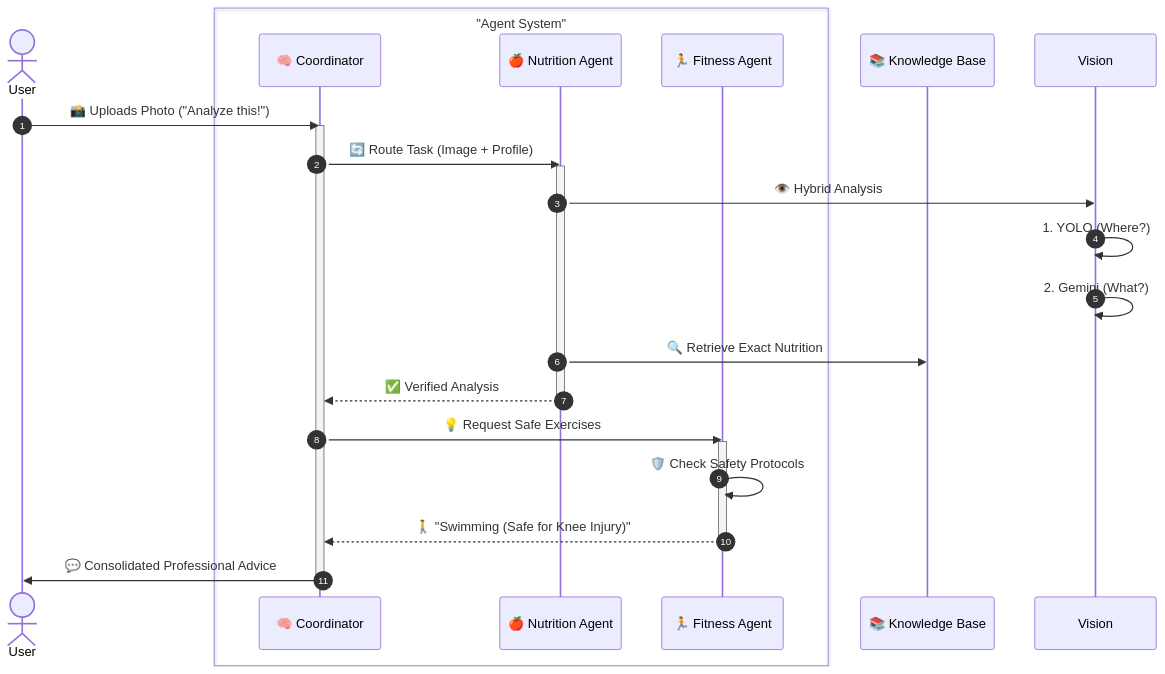
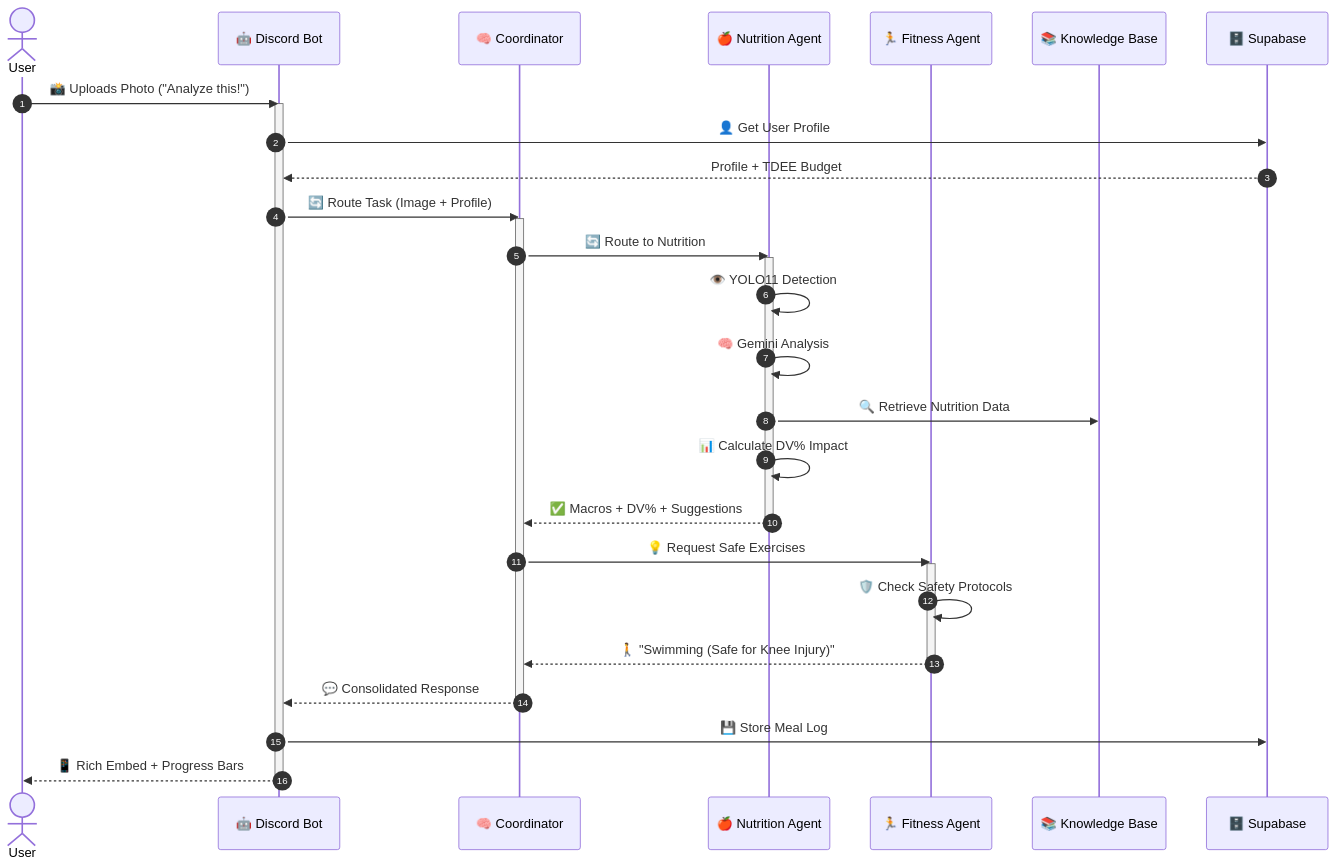
The second of 4 diagrams in docs/product/business-model/L1-Business-Architecture.md (kevinhust/capstonetest), drawn with Mermaid before and after one commit. The commit also changed other lines of this file and 43 other files, not shown here.

````diff
--- a/docs/product/business-model/L1-Business-Architecture.md
+++ b/docs/product/business-model/L1-Business-Architecture.md
@@ -70,35 +75,38 @@
 ```mermaid
 sequenceDiagram
     autonumber
     actor User
+    participant Bot as 🤖 Discord Bot
     participant Coord as 🧠 Coordinator
     participant NutAg as 🍎 Nutrition Agent
     participant FitAg as 🏃 Fitness Agent
     participant KB as 📚 Knowledge Base
+    participant Supa as 🗄️ Supabase
 
-    box "Agent System" #f9f9f9
-        participant Coord
-        participant NutAg
-        participant FitAg
-    end
+    User->>Bot: 📸 Uploads Photo ("Analyze this!")
+    activate Bot
+    Bot->>Supa: 👤 Get User Profile
+    Supa-->>Bot: Profile + TDEE Budget
+    Bot->>Coord: 🔄 Route Task (Image + Profile)
+    activate Coord
+    Coord->>NutAg: 🔄 Route to Nutrition
+    activate NutAg
+    NutAg->>NutAg: 👁️ YOLO11 Detection
+    NutAg->>NutAg: 🧠 Gemini Analysis
+    NutAg->>KB: 🔍 Retrieve Nutrition Data
+    NutAg->>NutAg: 📊 Calculate DV% Impact
+    NutAg-->>Coord: ✅ Macros + DV% + Suggestions
+    deactivate NutAg
 
-    User->>Coord: 📸 Uploads Photo ("Analyze this!")
-    activate Coord
-    Coord->>NutAg: 🔄 Route Task (Image + Profile)
-    activate NutAg
-    NutAg->>Vision: 👁️ Hybrid Analysis
-    Vision->>Vision: 1. YOLO (Where?)
-    Vision->>Vision: 2. Gemini (What?)
-    NutAg->>KB: 🔍 Retrieve Exact Nutrition
-    NutAg-->>Coord: ✅ Verified Analysis
-    deactivate NutAg
-    
     Coord->>FitAg: 💡 Request Safe Exercises
     activate FitAg
     FitAg->>FitAg: 🛡️ Check Safety Protocols
     FitAg-->>Coord: 🚶 "Swimming (Safe for Knee Injury)"
     deactivate FitAg
 
-    Coord->>User: 💬 Consolidated Professional Advice
+    Coord-->>Bot: 💬 Consolidated Response
     deactivate Coord
+    Bot->>Supa: 💾 Store Meal Log
+    Bot-->>User: 📱 Rich Embed + Progress Bars
+    deactivate Bot
 ```
````
